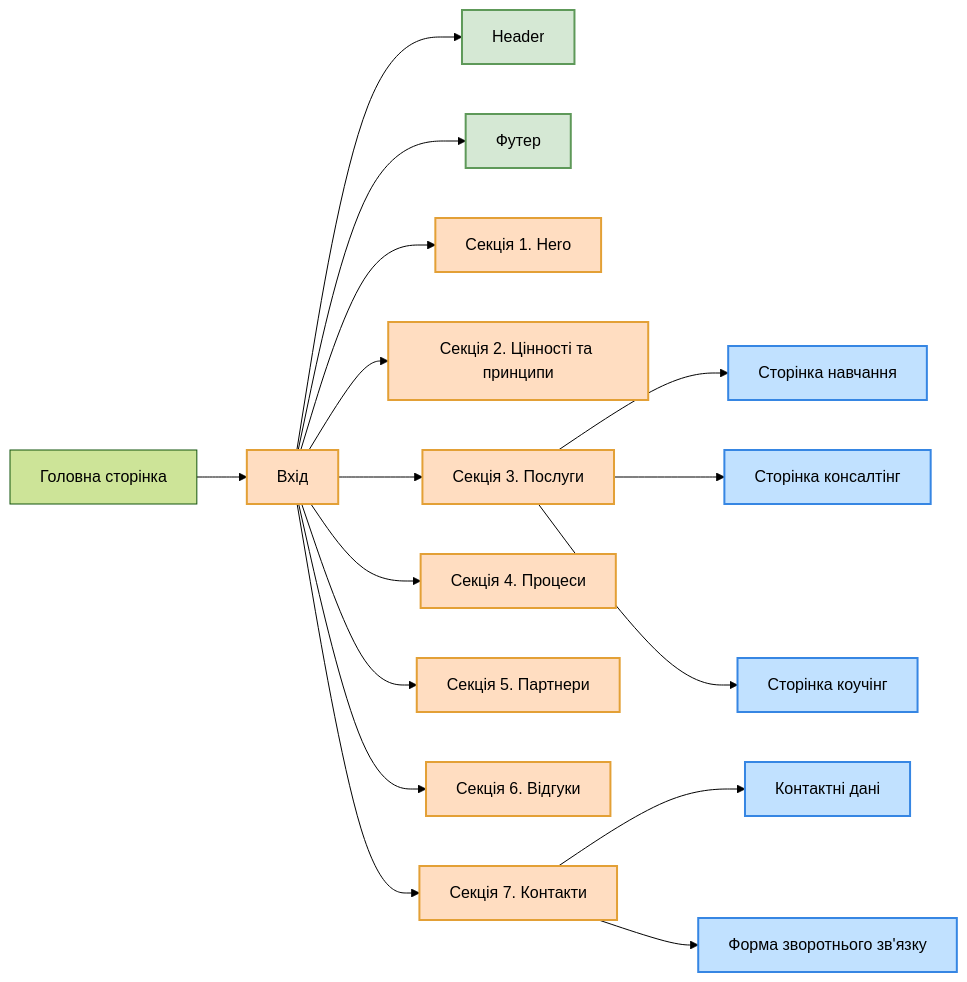
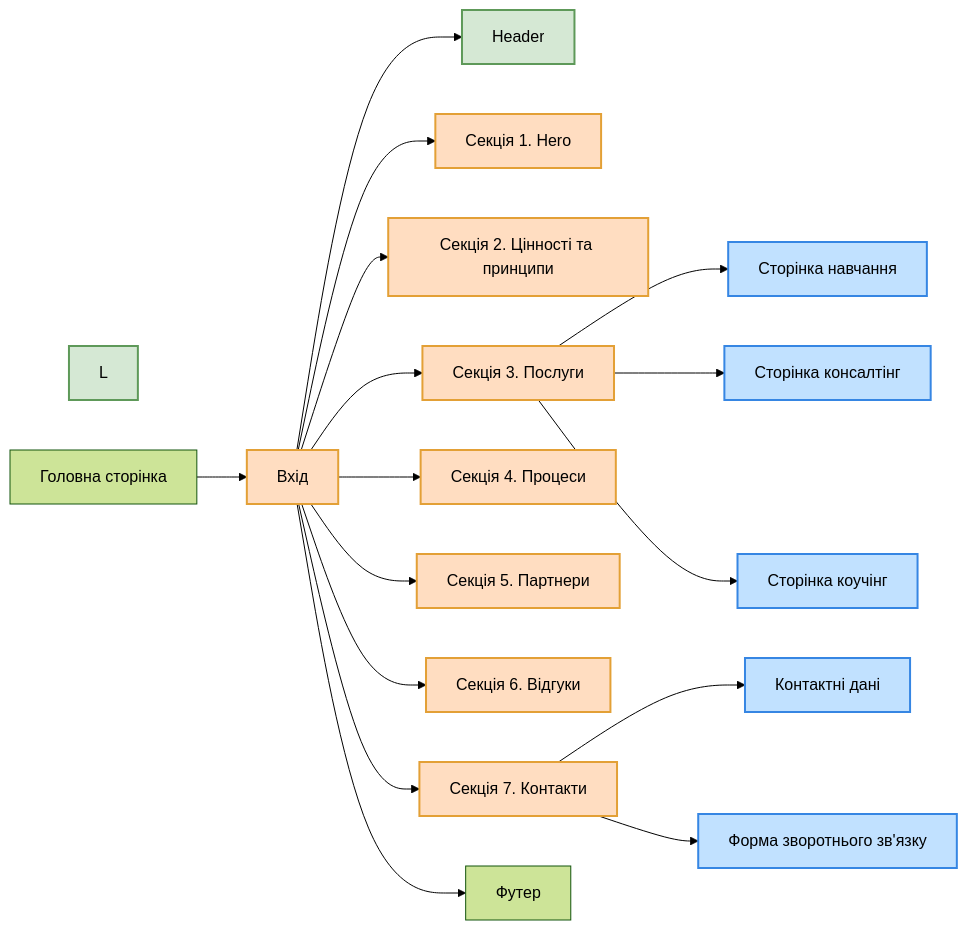
The diagram in README.md (sergio-nezhigay/carptravel), drawn with Mermaid (forest theme) before and after one commit.

````diff
--- a/README.md
+++ b/README.md
@@ -57,43 +57,43 @@
 ```mermaid
 graph LR
 
   %% Хедер і футер
   style B fill:#D5E8D4, stroke:#5E9959, stroke-width:2px;
   style L fill:#D5E8D4, stroke:#5E9959, stroke-width:2px;
 
   %% Секції
   style A fill:#FFDDC1, stroke:#E3A036, stroke-width:2px;
   style C fill:#FFDDC1, stroke:#E3A036, stroke-width:2px;
   style D fill:#FFDDC1, stroke:#E3A036, stroke-width:2px;
   style E fill:#FFDDC1, stroke:#E3A036, stroke-width:2px;
   style F fill:#FFDDC1, stroke:#E3A036, stroke-width:2px;
   style G fill:#FFDDC1, stroke:#E3A036, stroke-width:2px;
   style H fill:#FFDDC1, stroke:#E3A036, stroke-width:2px;
   style I fill:#FFDDC1, stroke:#E3A036, stroke-width:2px;
 
   %% Сторінки
   style N fill:#C1E1FF, stroke:#3686E3, stroke-width:2px;
   style O fill:#C1E1FF, stroke:#3686E3, stroke-width:2px;
   style P fill:#C1E1FF, stroke:#3686E3, stroke-width:2px;
   style R fill:#C1E1FF, stroke:#3686E3, stroke-width:2px;
   style S fill:#C1E1FF, stroke:#3686E3, stroke-width:2px;
 
   Z[Головна сторінка] --> A[Вхід]
   A --> B[Header]
   A --> C[Секція 1. Hero]
   A --> D[Секція 2. Цінності та принципи]
   A --> E[Секція 3. Послуги]
   A --> F[Секція 4. Процеси]
   A --> G[Секція 5. Партнери]
   A --> H[Секція 6. Відгуки]
   A --> I[Секція 7. Контакти]
-  A --> L[Футер]
+  A --> J[Футер]
   E --> N[Сторінка навчання]
   E --> O[Сторінка консалтінг]
   E --> P[Сторінка коучінг]
 
   I --> R[Контактні дані]
   I --> S[Форма зворотнього зв'язку]
 
 
 ```
````
